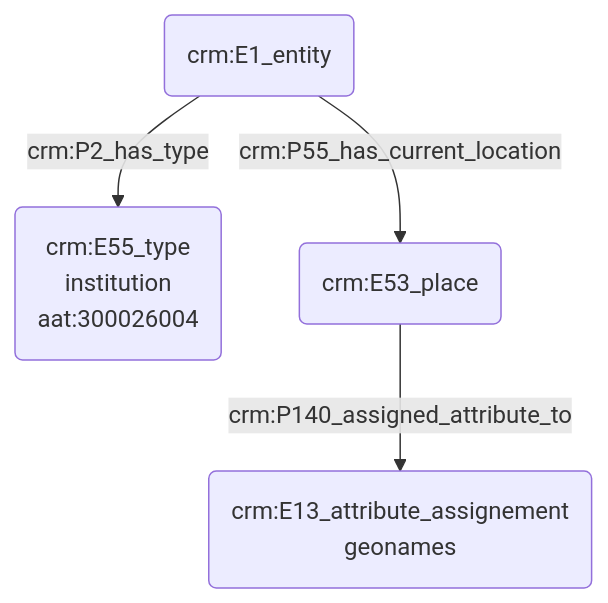
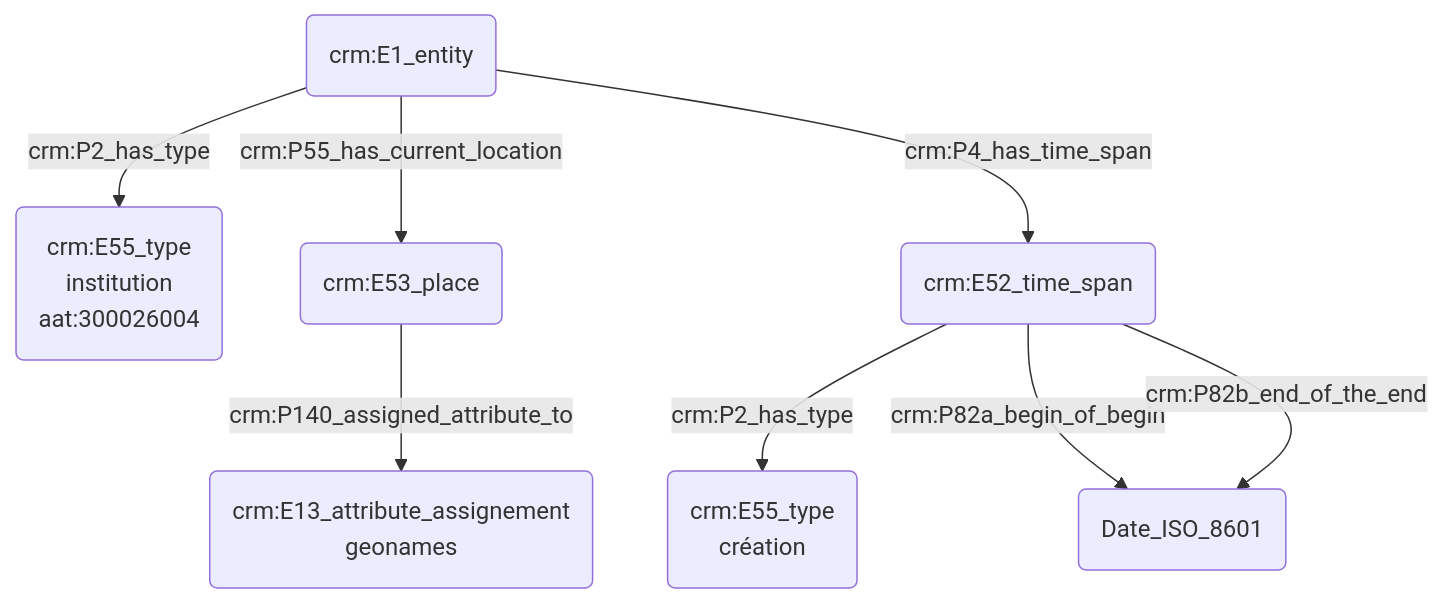
One commit to Amleth/consortium-musica2-gt2-ontologies changed the diagram in modules/livrables/Dossier 2/Prosopographie/modélisation d'une institution.md. Above: the diagram before and after it, drawn with Mermaid.

Commit message:
Update modélisation d'une institution.md

````diff
--- a/modules/livrables/Dossier 2/Prosopographie/modélisation d'une institution.md
+++ b/modules/livrables/Dossier 2/Prosopographie/modélisation d'une institution.md
@@ -11,8 +11,12 @@
 ```mermaid
 graph TD;
 
 A(crm:E1_entity) -->|crm:P2_has_type| B(crm:E55_type<br>institution<br>aat:300026004)
 A(crm:E1_entity) -->|crm:P55_has_current_location| C(crm:E53_place)
-C(crm:E53_place) --> |crm:P140_assigned_attribute_to| D(crm:E13_attribute_assignement<br>geonames)
+C(crm:E53_place) -->|crm:P140_assigned_attribute_to| D(crm:E13_attribute_assignement<br>geonames)
+A(crm:E1_entity) -->|crm:P4_has_time_span| E(crm:E52_time_span)
+E(crm:E52_time_span) -->|crm:P2_has_type| G(crm:E55_type<br>création)
+E(crm:E52_time_span) -->|crm:P82a_begin_of_begin| F(Date_ISO_8601)
+E(crm:E52_time_span) -->|crm:P82b_end_of_the_end| F(Date_ISO_8601)
 
 ```
````
